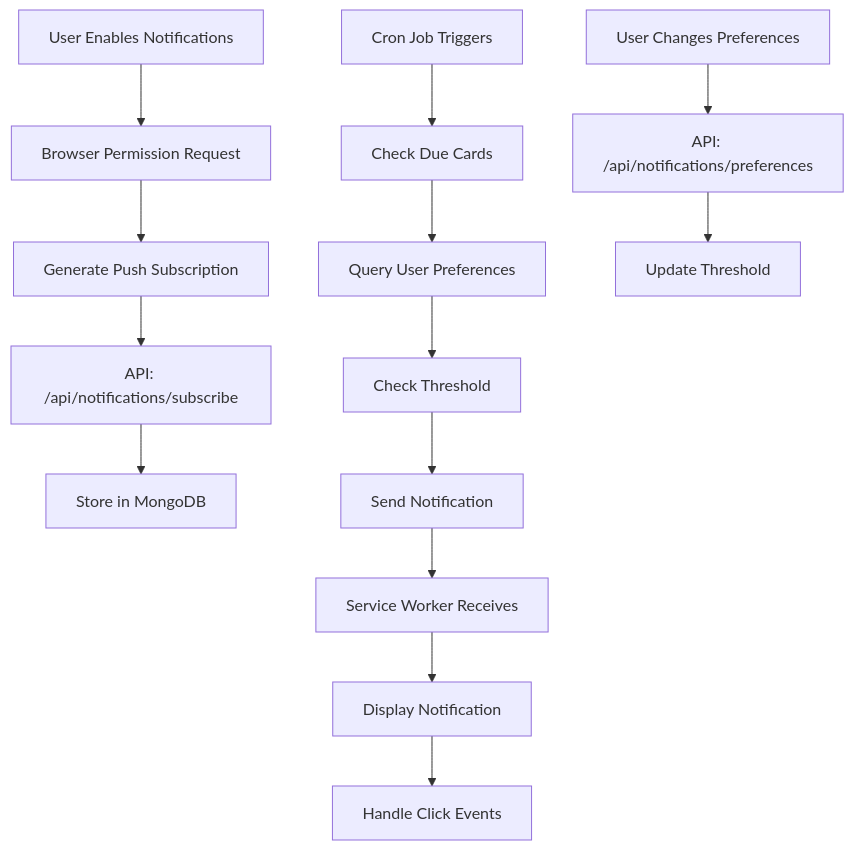
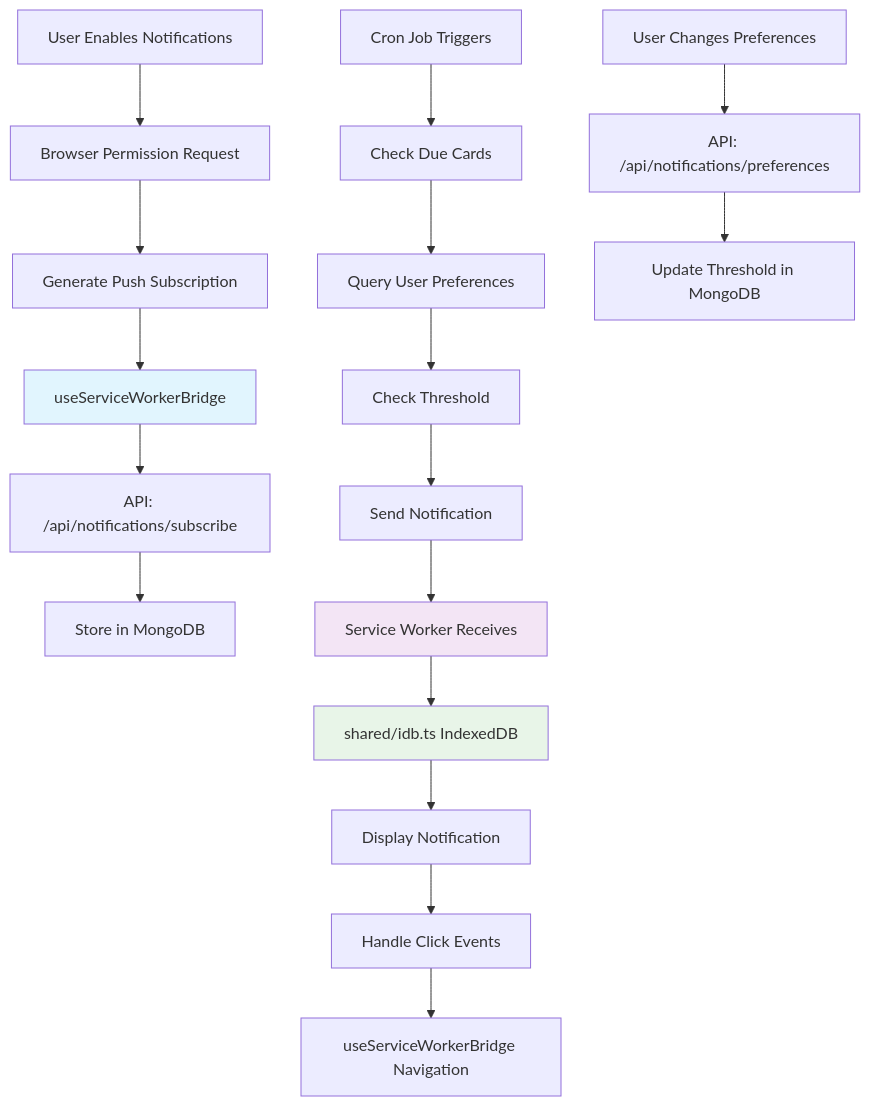
The diagram in docs/NOTIFICATIONS.md (AM-Saad/CleverAI), drawn with Mermaid before and after one commit. The commit also changed other lines of this file and 28 other files, not shown here.

````diff
--- a/docs/NOTIFICATIONS.md
+++ b/docs/NOTIFICATIONS.md
@@ -79,18 +83,25 @@
 ```mermaid
 graph TD
     A[User Enables Notifications] --> B[Browser Permission Request]
     B --> C[Generate Push Subscription]
-    C --> D[API: /api/notifications/subscribe]
-    D --> E[Store in MongoDB]
+    C --> D[useServiceWorkerBridge]
+    D --> E[API: /api/notifications/subscribe]
+    E --> F[Store in MongoDB]
 
-    F[Cron Job Triggers] --> G[Check Due Cards]
-    G --> H[Query User Preferences]
-    H --> I[Check Threshold]
-    I --> J[Send Notification]
-    J --> K[Service Worker Receives]
-    K --> L[Display Notification]
-    L --> M[Handle Click Events]
+    G[Cron Job Triggers] --> H[Check Due Cards]
+    H --> I[Query User Preferences]
+    I --> J[Check Threshold]
+    J --> K[Send Notification]
+    K --> L[Service Worker Receives]
+    L --> M[shared/idb.ts IndexedDB]
+    M --> N[Display Notification]
+    N --> O[Handle Click Events]
+    O --> P[useServiceWorkerBridge Navigation]
 
-    N[User Changes Preferences] --> O[API: /api/notifications/preferences]
-    O --> P[Update Threshold]
+    Q[User Changes Preferences] --> R[API: /api/notifications/preferences]
+    R --> S[Update Threshold in MongoDB]
+
+    style D fill:#e1f5fe
+    style L fill:#f3e5f5
+    style M fill:#e8f5e8
 ```
````
